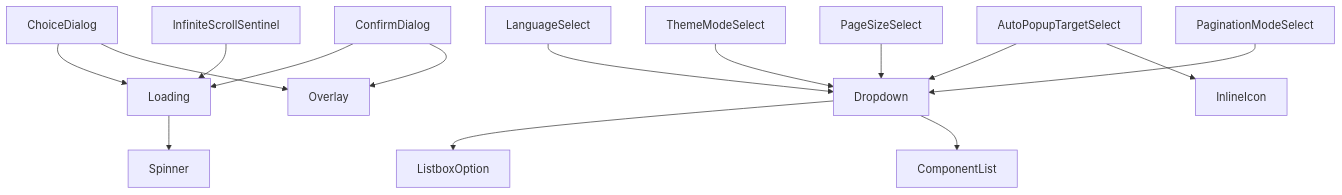
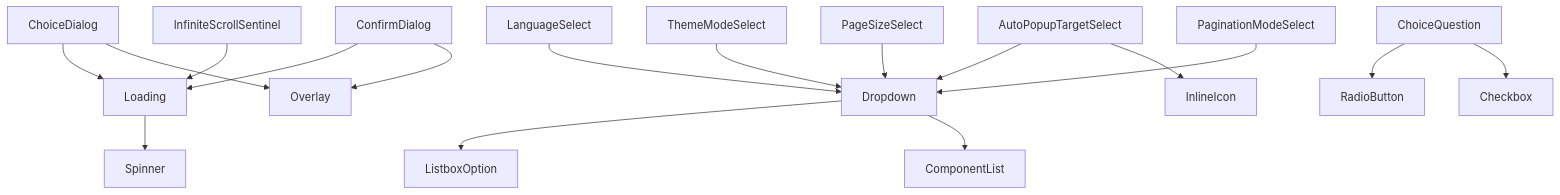
One commit to nekono-dev/skyshare changed the diagram in src/components/common/README.md. Above: the diagram before and after it, drawn with Mermaid. The commit also changed other lines of this file and 4 other files, not shown here.

Commit message:
feat(choice-question): 質問文と選択肢を、種別に応じた既存の選択部品で描画する共通部品を作る

````diff
--- a/src/components/common/README.md
+++ b/src/components/common/README.md
@@ -5,17 +5,19 @@
 ```mermaid
 graph TD
   ChoiceDialog --> Loading
   ChoiceDialog --> Overlay
   ConfirmDialog --> Loading
   ConfirmDialog --> Overlay
   Loading --> Spinner
   InfiniteScrollSentinel --> Loading
   Dropdown --> ListboxOption
   Dropdown --> ComponentList
   LanguageSelect --> Dropdown
   ThemeModeSelect --> Dropdown
   AutoPopupTargetSelect --> Dropdown
   AutoPopupTargetSelect --> InlineIcon
   PageSizeSelect --> Dropdown
   PaginationModeSelect --> Dropdown
+  ChoiceQuestion --> RadioButton
+  ChoiceQuestion --> Checkbox
 ```
````
